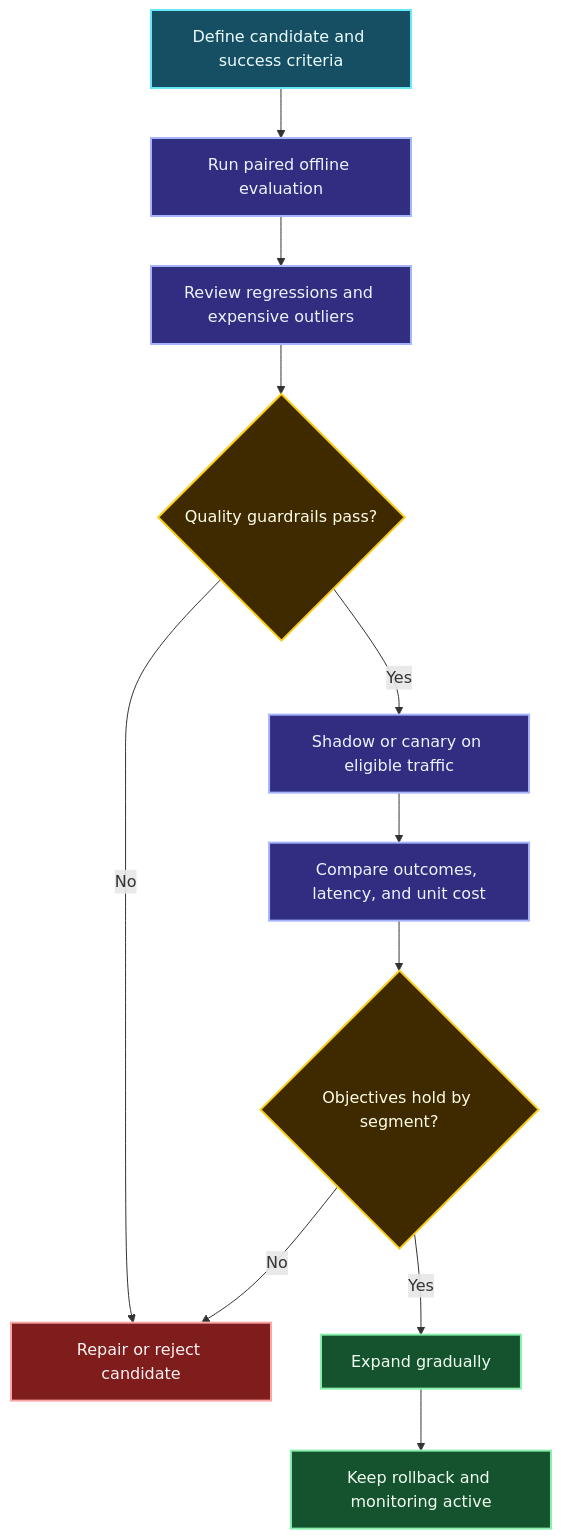
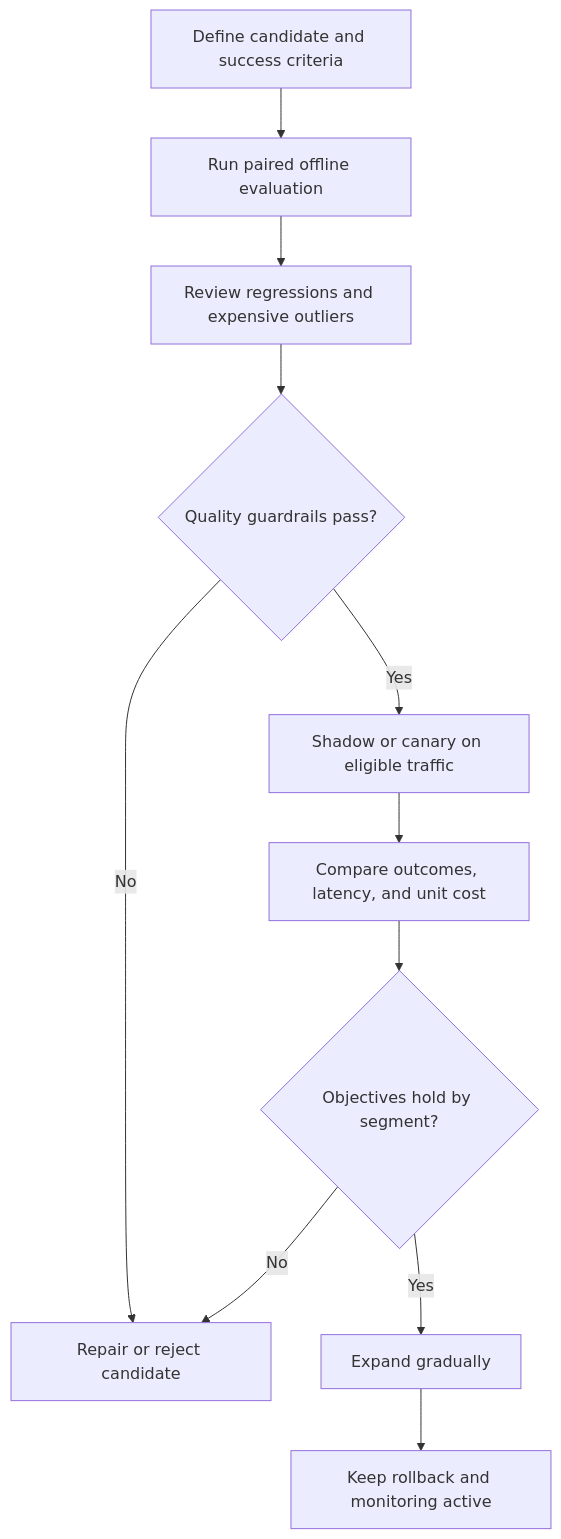
One commit to senlinyy/dev-roadmaps changed the sixth of 6 diagrams in roadmaps/mlops/modules/llmops/runtime-observability/03-quality-and-cost.md. Above: the diagram before and after it, drawn with Mermaid. The commit also changed other lines of this file and 152 other files, not shown here.

Commit message:
feat: mlops and diagrams updated

````diff
--- a/roadmaps/mlops/modules/llmops/runtime-observability/03-quality-and-cost.md
+++ b/roadmaps/mlops/modules/llmops/runtime-observability/03-quality-and-cost.md
@@ -548,22 +537,19 @@
 ```mermaid
 flowchart TD
     A["Define candidate and success criteria"] --> B["Run paired offline evaluation"]
     B --> C["Review regressions and expensive outliers"]
     C --> D{"Quality guardrails pass?"}
     D -->|No| E["Repair or reject candidate"]
     D -->|Yes| F["Shadow or canary on eligible traffic"]
     F --> G["Compare outcomes, latency, and unit cost"]
     G --> H{"Objectives hold by segment?"}
     H -->|No| E
     H -->|Yes| I["Expand gradually"]
     I --> J["Keep rollback and monitoring active"]
 
-    classDef define fill:#164E63,stroke:#67E8F9,color:#ECFEFF,stroke-width:2px; classDef evaluate fill:#312E81,stroke:#A5B4FC,color:#EEF2FF,stroke-width:2px;
-    classDef decide fill:#3F2A00,stroke:#FACC15,color:#FEFCE8,stroke-width:2px; classDef stop fill:#7F1D1D,stroke:#FCA5A5,color:#FEF2F2,stroke-width:2px;
-    classDef ship fill:#14532D,stroke:#86EFAC,color:#F0FDF4,stroke-width:2px;
     class A define;
     class B,C,F,G evaluate;
     class D,H decide;
     class E stop;
     class I,J ship;
 ```
````
